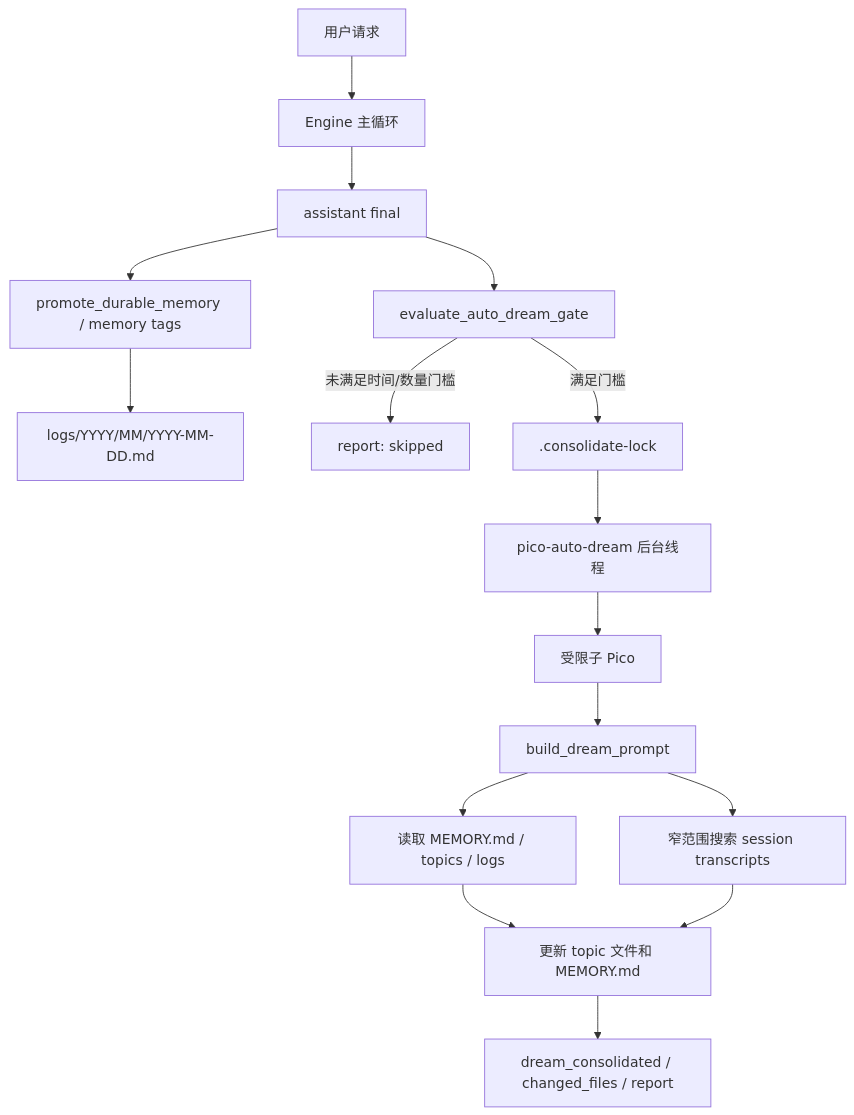
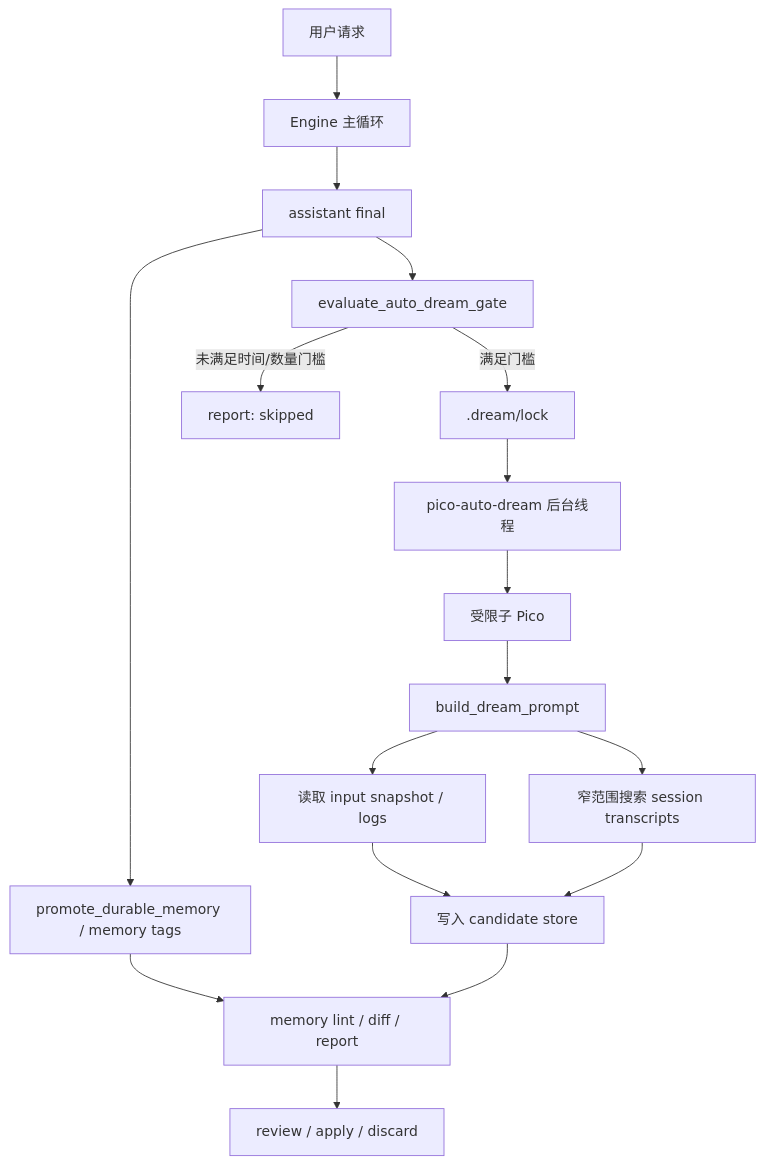
One commit to Hackerismydream/pico changed the diagram in release/v3/learning/11-dream-memory-consolidation.md. Above: the diagram before and after it, drawn with Mermaid. The commit also changed other lines of this file and 11 other files, not shown here.

Commit message:
feat(memory): make dream consolidation transactional

````diff
--- a/release/v3/learning/11-dream-memory-consolidation.md
+++ b/release/v3/learning/11-dream-memory-consolidation.md
@@ -70,18 +70,19 @@
 ```mermaid
 flowchart TD
     U["用户请求"] --> E["Engine 主循环"]
     E --> F["assistant final"]
     F --> P["promote_durable_memory / memory tags"]
     P --> L["logs/YYYY/MM/YYYY-MM-DD.md"]
     F --> G["evaluate_auto_dream_gate"]
     G -->|未满足时间/数量门槛| R["report: skipped"]
-    G -->|满足门槛| K[".consolidate-lock"]
+    G -->|满足门槛| K[".dream/lock"]
     K --> T["pico-auto-dream 后台线程"]
     T --> C["受限子 Pico"]
     C --> DP["build_dream_prompt"]
-    DP --> M["读取 MEMORY.md / topics / logs"]
+    DP --> M["读取 input snapshot / logs"]
     DP --> S["窄范围搜索 session transcripts"]
-    M --> W["更新 topic 文件和 MEMORY.md"]
+    M --> W["写入 candidate store"]
     S --> W
-    W --> O["dream_consolidated / changed_files / report"]
+    W --> L["memory lint / diff / report"]
+    L --> O["review / apply / discard"]
 ```
````
